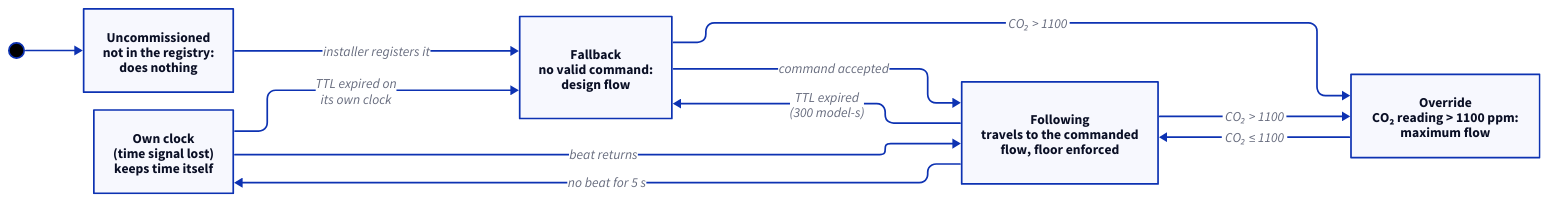
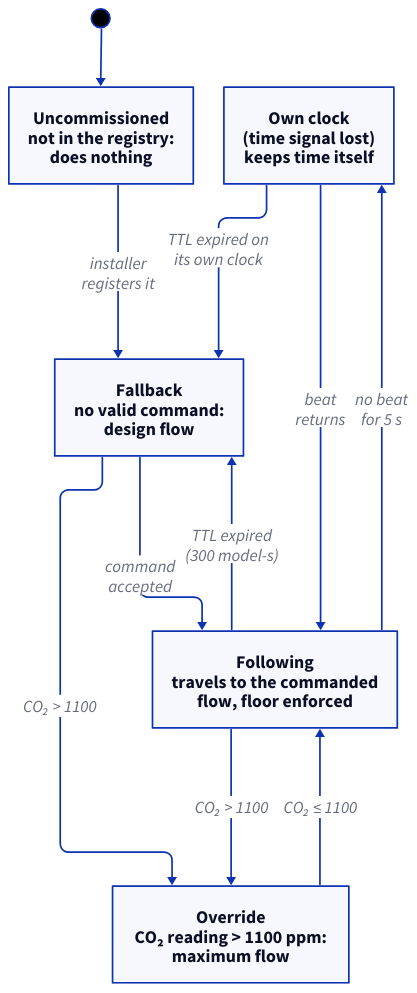
Before and after one commit to MisterD0ctor/d7065e-project: the diagram in docs/diagrams/state.d2, drawn with D2. The commit also changed 24 other files, not shown here.

First line of the commit message:
Report: diagrams readable in print; the 3D view in section 12

```diff
--- a/docs/diagrams/state.d2
+++ b/docs/diagrams/state.d2
@@ -1,19 +1,34 @@
-vars: { d2-config: { layout-engine: elk } }
-direction: right
-start: "" { shape: circle; width: 18; height: 18; style.fill: black }
+# State machine of one damper actuator.
+vars: {
+  d2-config: {
+    layout-engine: elk
+  }
+}
+
+direction: down
+
+*.style.font-size: 21
+(* -> *)[*].style.font-size: 20
+
+start: "" {
+  shape: circle
+  width: 22
+  height: 22
+  style.fill: black
+}
 waiting: "Uncommissioned\nnot in the registry:\ndoes nothing"
 fallback: "Fallback\nno valid command:\ndesign flow"
 following: "Following\ntravels to the commanded\nflow, floor enforced"
 override: "Override\nCO₂ reading > 1100 ppm:\nmaximum flow"
 freerun: "Own clock\n(time signal lost)\nkeeps time itself"
 
 start -> waiting
-waiting -> fallback: "installer registers it"
-fallback -> following: "command accepted"
+waiting -> fallback: "installer\nregisters it"
+fallback -> following: "command\naccepted"
 following -> fallback: "TTL expired\n(300 model-s)"
 following -> override: "CO₂ > 1100"
 fallback -> override: "CO₂ > 1100"
 override -> following: "CO₂ ≤ 1100"
-following -> freerun: "no beat for 5 s"
+following -> freerun: "no beat\nfor 5 s"
 freerun -> fallback: "TTL expired on\nits own clock"
-freerun -> following: "beat returns"
+freerun -> following: "beat\nreturns"
```
